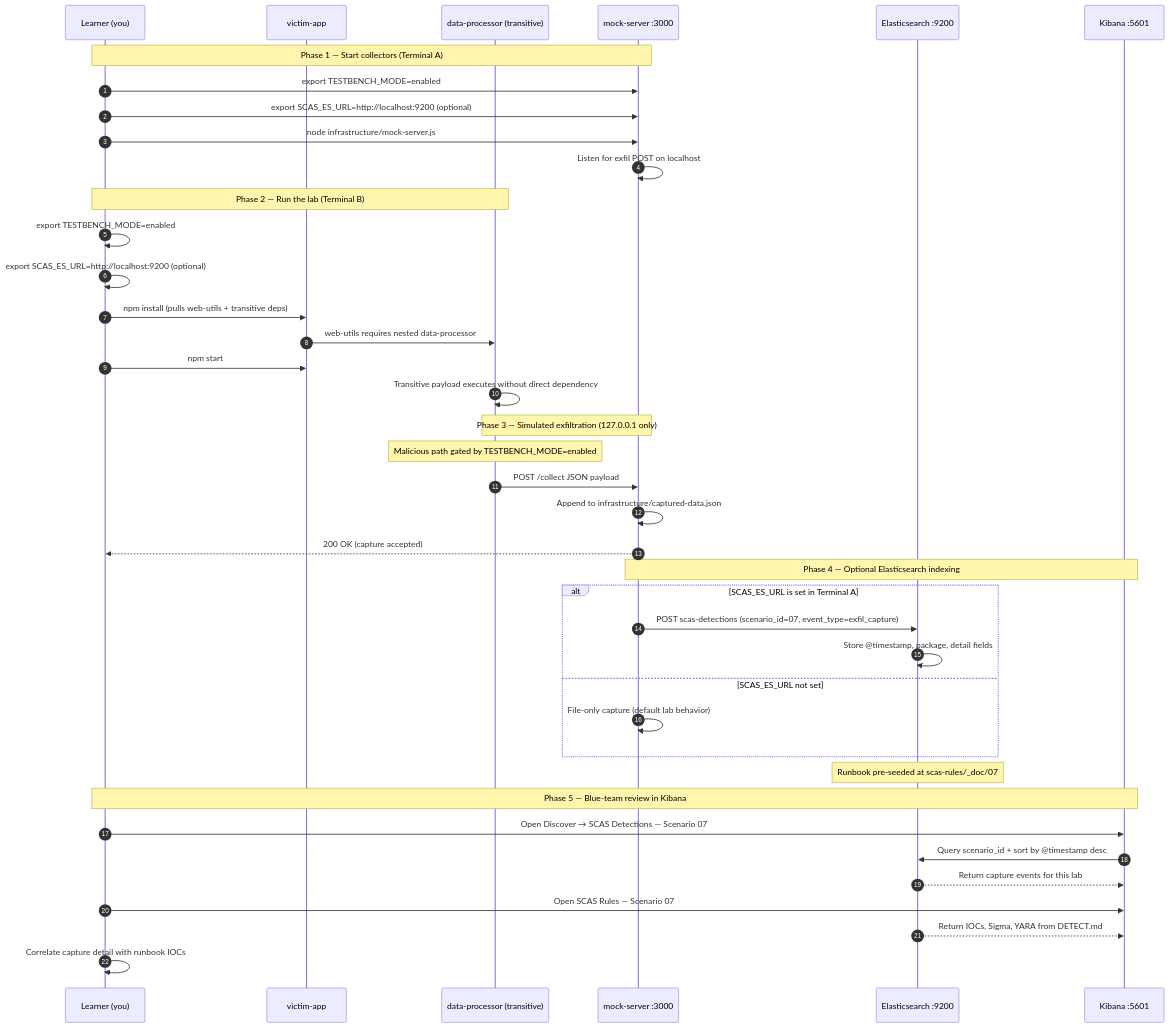
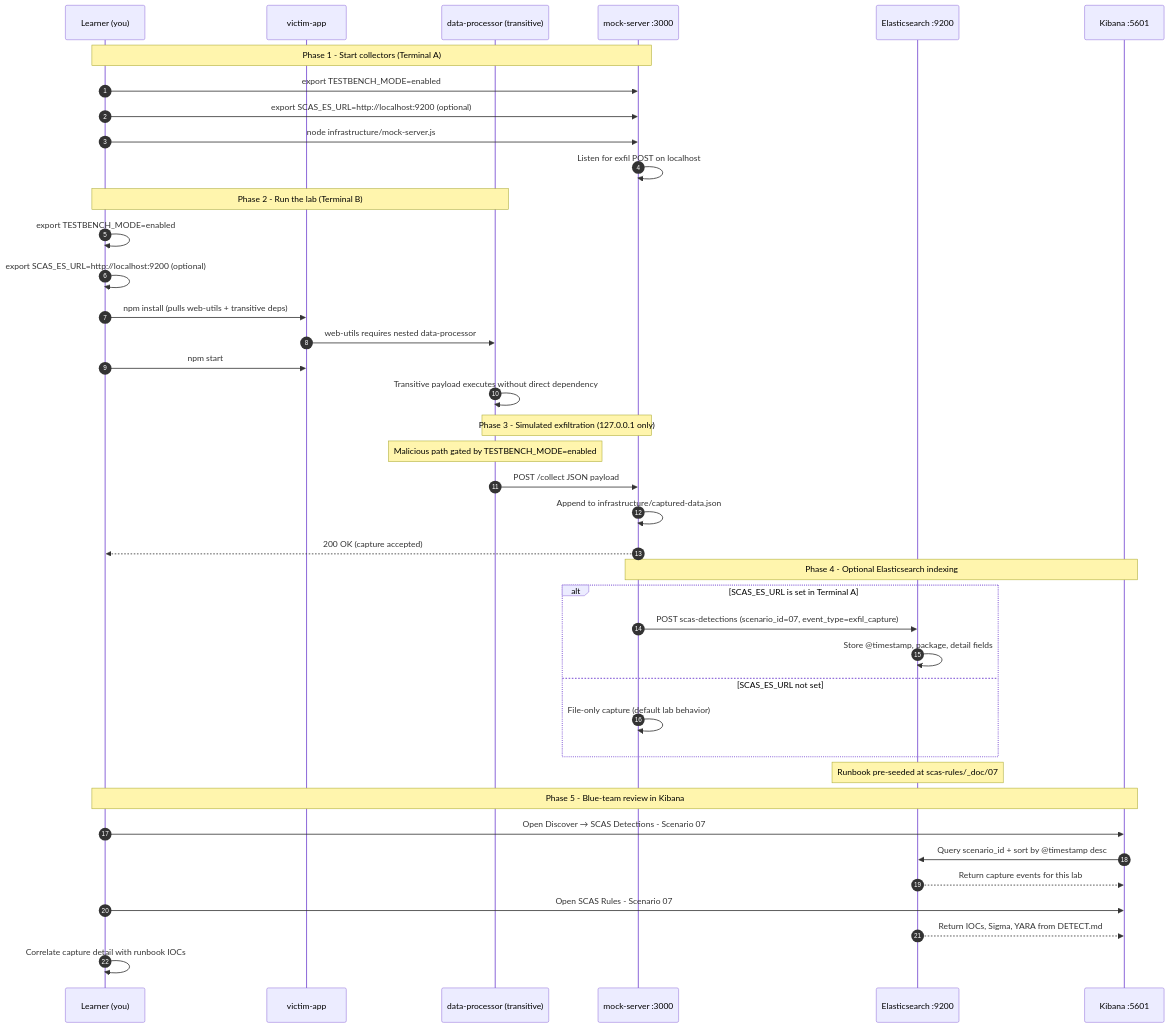
One commit to RAJANAGORI/testbench changed the diagram in documentation/scenario-guides/zero-to-hero/ZERO_TO_HERO_SCENARIO_07.md. Above: the diagram before and after it, drawn with Mermaid. The commit also changed other lines of this file and 66 other files, not shown here.

````diff
--- a/documentation/scenario-guides/zero-to-hero/ZERO_TO_HERO_SCENARIO_07.md
+++ b/documentation/scenario-guides/zero-to-hero/ZERO_TO_HERO_SCENARIO_07.md
@@ -686,47 +686,47 @@
 ```mermaid
 sequenceDiagram
     autonumber
     participant Learner as Learner (you)
     participant Victim as victim-app
     participant MalPkg as data-processor (transitive)
     participant Mock as mock-server :3000
     participant ES as Elasticsearch :9200
     participant Kibana as Kibana :5601
 
-    Note over Learner,Mock: Phase 1 — Start collectors (Terminal A)
+    Note over Learner,Mock: Phase 1 - Start collectors (Terminal A)
     Learner->>Mock: export TESTBENCH_MODE=enabled
     Learner->>Mock: export SCAS_ES_URL=http://localhost:9200 (optional)
     Learner->>Mock: node infrastructure/mock-server.js
     Mock->>Mock: Listen for exfil POST on localhost
 
-    Note over Learner,MalPkg: Phase 2 — Run the lab (Terminal B)
+    Note over Learner,MalPkg: Phase 2 - Run the lab (Terminal B)
     Learner->>Learner: export TESTBENCH_MODE=enabled
     Learner->>Learner: export SCAS_ES_URL=http://localhost:9200 (optional)
     Learner->>Victim: npm install (pulls web-utils + transitive deps)
     Victim->>MalPkg: web-utils requires nested data-processor
     Learner->>Victim: npm start
     MalPkg->>MalPkg: Transitive payload executes without direct dependency
 
-    Note over MalPkg,Mock: Phase 3 — Simulated exfiltration (127.0.0.1 only)
+    Note over MalPkg,Mock: Phase 3 - Simulated exfiltration (127.0.0.1 only)
     Note over MalPkg: Malicious path gated by TESTBENCH_MODE=enabled
     MalPkg->>Mock: POST /collect JSON payload
     Mock->>Mock: Append to infrastructure/captured-data.json
     Mock-->>Learner: 200 OK (capture accepted)
 
-    Note over Mock,Kibana: Phase 4 — Optional Elasticsearch indexing
+    Note over Mock,Kibana: Phase 4 - Optional Elasticsearch indexing
     alt SCAS_ES_URL is set in Terminal A
     Mock->>ES: POST scas-detections (scenario_id=07, event_type=exfil_capture)
     ES->>ES: Store @timestamp, package, detail fields
     else SCAS_ES_URL not set
     Mock->>Mock: File-only capture (default lab behavior)
     end
 
     Note over ES: Runbook pre-seeded at scas-rules/_doc/07
-    Note over Learner,Kibana: Phase 5 — Blue-team review in Kibana
-    Learner->>Kibana: Open Discover → SCAS Detections — Scenario 07
+    Note over Learner,Kibana: Phase 5 - Blue-team review in Kibana
+    Learner->>Kibana: Open Discover → SCAS Detections - Scenario 07
     Kibana->>ES: Query scenario_id + sort by @timestamp desc
     ES-->>Kibana: Return capture events for this lab
-    Learner->>Kibana: Open SCAS Rules — Scenario 07
+    Learner->>Kibana: Open SCAS Rules - Scenario 07
     ES-->>Kibana: Return IOCs, Sigma, YARA from DETECT.md
     Learner->>Learner: Correlate capture detail with runbook IOCs
 ```
````
